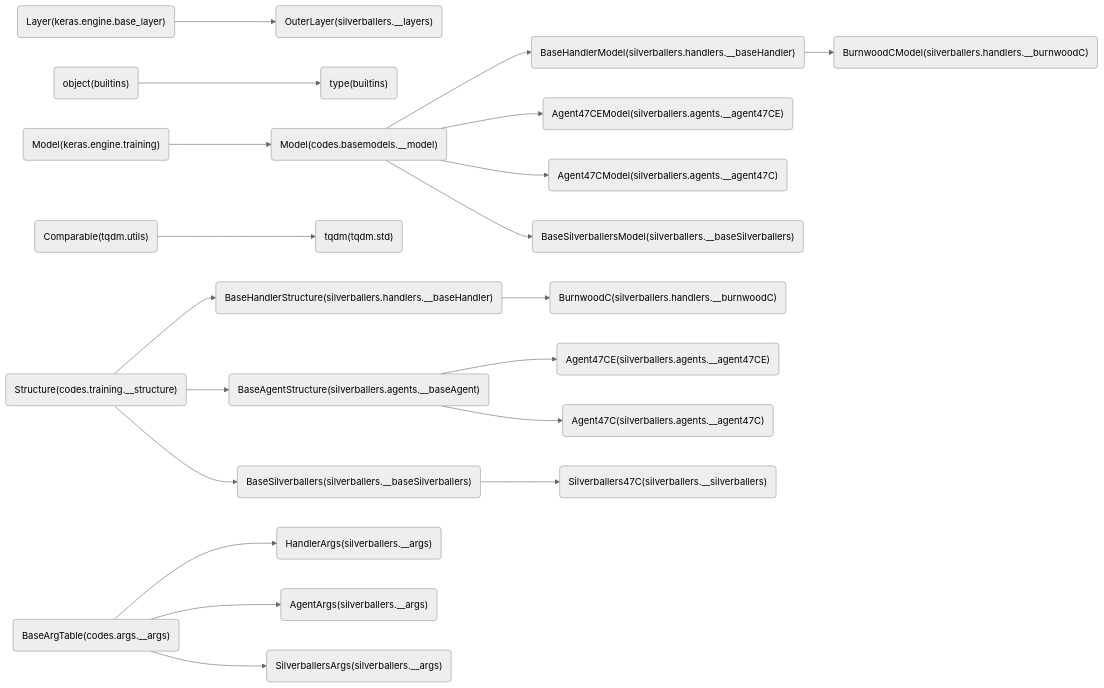
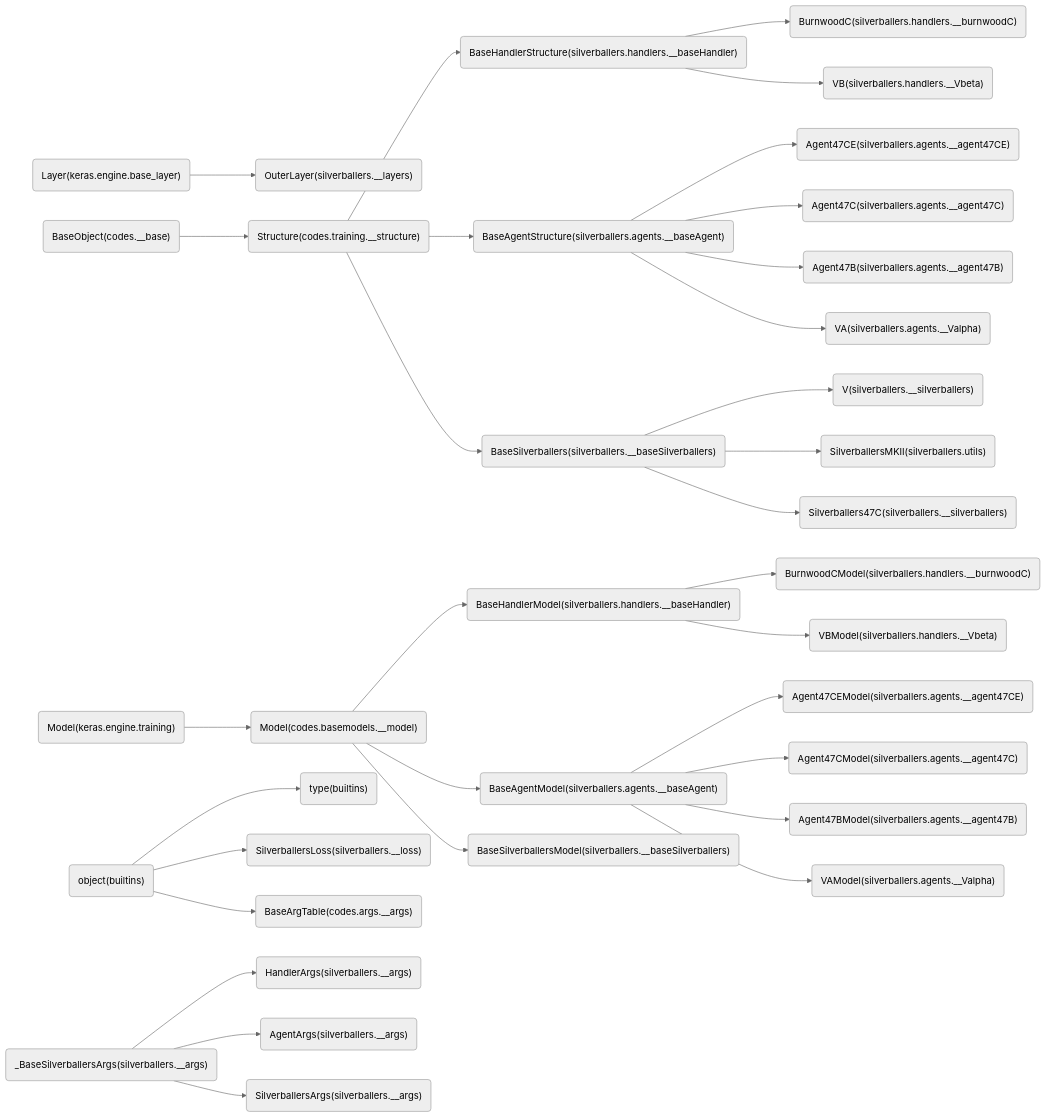
Before and after one commit to cocoon2wong/Project-Jocker: the second of 2 diagrams in classRef.md, drawn with Mermaid (neutral theme). The commit also changed other lines of this file, not shown here.

````diff
--- a/classRef.md
+++ b/classRef.md
@@ -53,22 +74,33 @@
 ```mermaid
     graph LR
         keras.engine.base_layer_Layer("Layer(keras.engine.base_layer)") --> silverballers.__layers_OuterLayer("OuterLayer(silverballers.__layers)")
         builtins_object("object(builtins)") --> builtins_type("type(builtins)")
-        codes.args.__args_BaseArgTable("BaseArgTable(codes.args.__args)") --> silverballers.__args_HandlerArgs("HandlerArgs(silverballers.__args)")
+        silverballers.__args__BaseSilverballersArgs("_BaseSilverballersArgs(silverballers.__args)") --> silverballers.__args_HandlerArgs("HandlerArgs(silverballers.__args)")
         silverballers.handlers.__baseHandler_BaseHandlerModel("BaseHandlerModel(silverballers.handlers.__baseHandler)") --> silverballers.handlers.__burnwoodC_BurnwoodCModel("BurnwoodCModel(silverballers.handlers.__burnwoodC)")
         silverballers.handlers.__baseHandler_BaseHandlerStructure("BaseHandlerStructure(silverballers.handlers.__baseHandler)") --> silverballers.handlers.__burnwoodC_BurnwoodC("BurnwoodC(silverballers.handlers.__burnwoodC)")
         codes.training.__structure_Structure("Structure(codes.training.__structure)") --> silverballers.handlers.__baseHandler_BaseHandlerStructure("BaseHandlerStructure(silverballers.handlers.__baseHandler)")
         codes.basemodels.__model_Model("Model(codes.basemodels.__model)") --> silverballers.handlers.__baseHandler_BaseHandlerModel("BaseHandlerModel(silverballers.handlers.__baseHandler)")
-        tqdm.utils_Comparable("Comparable(tqdm.utils)") --> tqdm.std_tqdm("tqdm(tqdm.std)")
+        codes.__base_BaseObject("BaseObject(codes.__base)") --> codes.training.__structure_Structure("Structure(codes.training.__structure)")
+        builtins_object("object(builtins)") --> silverballers.__loss_SilverballersLoss("SilverballersLoss(silverballers.__loss)")
+        keras.engine.training_Model("Model(keras.engine.training)") --> codes.basemodels.__model_Model("Model(codes.basemodels.__model)")
+        silverballers.handlers.__baseHandler_BaseHandlerModel("BaseHandlerModel(silverballers.handlers.__baseHandler)") --> silverballers.handlers.__Vbeta_VBModel("VBModel(silverballers.handlers.__Vbeta)")
+        silverballers.handlers.__baseHandler_BaseHandlerStructure("BaseHandlerStructure(silverballers.handlers.__baseHandler)") --> silverballers.handlers.__Vbeta_VB("VB(silverballers.handlers.__Vbeta)")
         codes.training.__structure_Structure("Structure(codes.training.__structure)") --> silverballers.agents.__baseAgent_BaseAgentStructure("BaseAgentStructure(silverballers.agents.__baseAgent)")
-        codes.args.__args_BaseArgTable("BaseArgTable(codes.args.__args)") --> silverballers.__args_AgentArgs("AgentArgs(silverballers.__args)")
-        keras.engine.training_Model("Model(keras.engine.training)") --> codes.basemodels.__model_Model("Model(codes.basemodels.__model)")
-        codes.basemodels.__model_Model("Model(codes.basemodels.__model)") --> silverballers.agents.__agent47CE_Agent47CEModel("Agent47CEModel(silverballers.agents.__agent47CE)")
+        codes.basemodels.__model_Model("Model(codes.basemodels.__model)") --> silverballers.agents.__baseAgent_BaseAgentModel("BaseAgentModel(silverballers.agents.__baseAgent)")
+        silverballers.__args__BaseSilverballersArgs("_BaseSilverballersArgs(silverballers.__args)") --> silverballers.__args_AgentArgs("AgentArgs(silverballers.__args)")
+        silverballers.agents.__baseAgent_BaseAgentModel("BaseAgentModel(silverballers.agents.__baseAgent)") --> silverballers.agents.__agent47CE_Agent47CEModel("Agent47CEModel(silverballers.agents.__agent47CE)")
         silverballers.agents.__baseAgent_BaseAgentStructure("BaseAgentStructure(silverballers.agents.__baseAgent)") --> silverballers.agents.__agent47CE_Agent47CE("Agent47CE(silverballers.agents.__agent47CE)")
-        codes.basemodels.__model_Model("Model(codes.basemodels.__model)") --> silverballers.agents.__agent47C_Agent47CModel("Agent47CModel(silverballers.agents.__agent47C)")
+        silverballers.agents.__baseAgent_BaseAgentModel("BaseAgentModel(silverballers.agents.__baseAgent)") --> silverballers.agents.__agent47C_Agent47CModel("Agent47CModel(silverballers.agents.__agent47C)")
         silverballers.agents.__baseAgent_BaseAgentStructure("BaseAgentStructure(silverballers.agents.__baseAgent)") --> silverballers.agents.__agent47C_Agent47C("Agent47C(silverballers.agents.__agent47C)")
+        silverballers.agents.__baseAgent_BaseAgentModel("BaseAgentModel(silverballers.agents.__baseAgent)") --> silverballers.agents.__agent47B_Agent47BModel("Agent47BModel(silverballers.agents.__agent47B)")
+        silverballers.agents.__baseAgent_BaseAgentStructure("BaseAgentStructure(silverballers.agents.__baseAgent)") --> silverballers.agents.__agent47B_Agent47B("Agent47B(silverballers.agents.__agent47B)")
+        silverballers.agents.__baseAgent_BaseAgentModel("BaseAgentModel(silverballers.agents.__baseAgent)") --> silverballers.agents.__Valpha_VAModel("VAModel(silverballers.agents.__Valpha)")
+        silverballers.agents.__baseAgent_BaseAgentStructure("BaseAgentStructure(silverballers.agents.__baseAgent)") --> silverballers.agents.__Valpha_VA("VA(silverballers.agents.__Valpha)")
+        silverballers.__baseSilverballers_BaseSilverballers("BaseSilverballers(silverballers.__baseSilverballers)") --> silverballers.__silverballers_V("V(silverballers.__silverballers)")
+        codes.basemodels.__model_Model("Model(codes.basemodels.__model)") --> silverballers.__baseSilverballers_BaseSilverballersModel("BaseSilverballersModel(silverballers.__baseSilverballers)")
+        silverballers.__baseSilverballers_BaseSilverballers("BaseSilverballers(silverballers.__baseSilverballers)") --> silverballers.utils_SilverballersMKII("SilverballersMKII(silverballers.utils)")
+        silverballers.__args__BaseSilverballersArgs("_BaseSilverballersArgs(silverballers.__args)") --> silverballers.__args_SilverballersArgs("SilverballersArgs(silverballers.__args)")
         silverballers.__baseSilverballers_BaseSilverballers("BaseSilverballers(silverballers.__baseSilverballers)") --> silverballers.__silverballers_Silverballers47C("Silverballers47C(silverballers.__silverballers)")
-        codes.basemodels.__model_Model("Model(codes.basemodels.__model)") --> silverballers.__baseSilverballers_BaseSilverballersModel("BaseSilverballersModel(silverballers.__baseSilverballers)")
         codes.training.__structure_Structure("Structure(codes.training.__structure)") --> silverballers.__baseSilverballers_BaseSilverballers("BaseSilverballers(silverballers.__baseSilverballers)")
-        codes.args.__args_BaseArgTable("BaseArgTable(codes.args.__args)") --> silverballers.__args_SilverballersArgs("SilverballersArgs(silverballers.__args)")
+        builtins_object("object(builtins)") --> codes.args.__args_BaseArgTable("BaseArgTable(codes.args.__args)")
 ```
````
